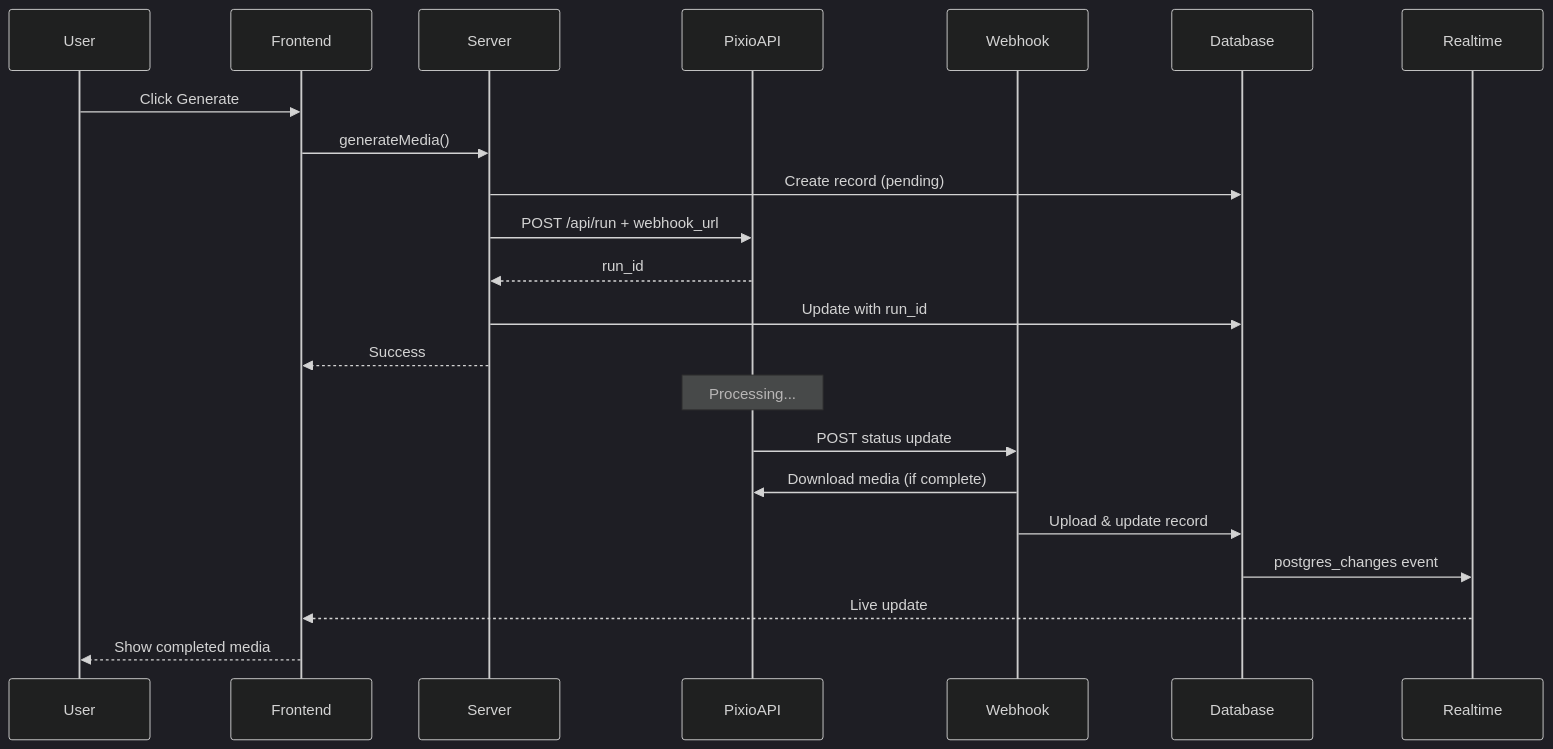
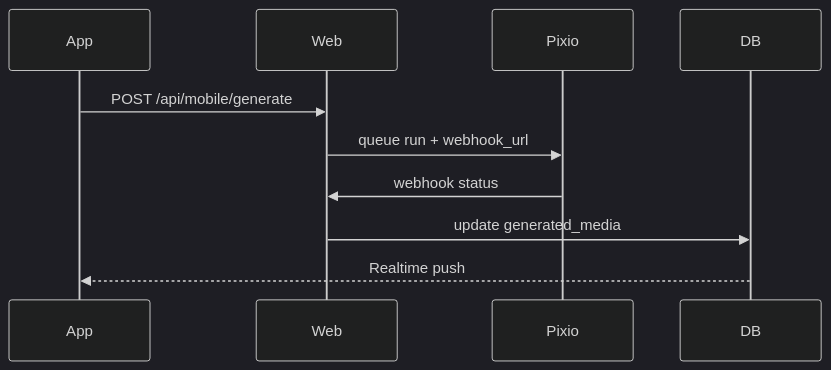
One commit to afarhadi99/pixio-api-starter changed the diagram in README.md. Above: the diagram before and after it, drawn with Mermaid (dark theme). The commit also changed other lines of this file and 22 other files, not shown here.

First line of the commit message:
Polish mobile app with Pixio-style surfaces, asset actions, docs, and tests.

````diff
--- a/README.md
+++ b/README.md
@@ -1272,27 +66,12 @@
 ```mermaid
 sequenceDiagram
-    participant User
-    participant Frontend
-    participant Server
-    participant PixioAPI
-    participant Webhook
-    participant Database
-    participant Realtime
-    
-    User->>Frontend: Click Generate
-    Frontend->>Server: generateMedia()
-    Server->>Database: Create record (pending)
-    Server->>PixioAPI: POST /api/run + webhook_url
-    PixioAPI-->>Server: run_id
-    Server->>Database: Update with run_id
-    Server-->>Frontend: Success
-    
-    Note over PixioAPI: Processing...
-    
-    PixioAPI->>Webhook: POST status update
-    Webhook->>PixioAPI: Download media (if complete)
-    Webhook->>Database: Upload & update record
-    Database->>Realtime: postgres_changes event
-    Realtime-->>Frontend: Live update
-    Frontend-->>User: Show completed media
+    participant App
+    participant Web
+    participant Pixio
+    participant DB
+    App->>Web: POST /api/mobile/generate
+    Web->>Pixio: queue run + webhook_url
+    Pixio->>Web: webhook status
+    Web->>DB: update generated_media
+    DB-->>App: Realtime push
 ```
````
